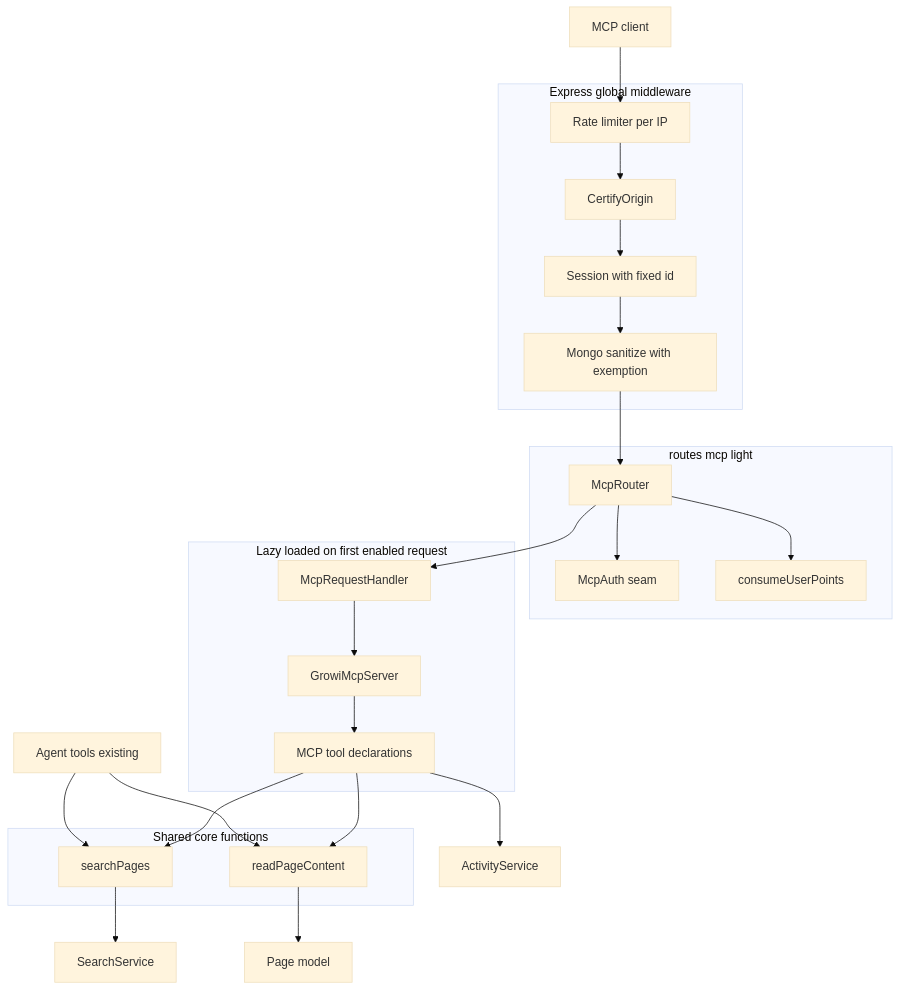
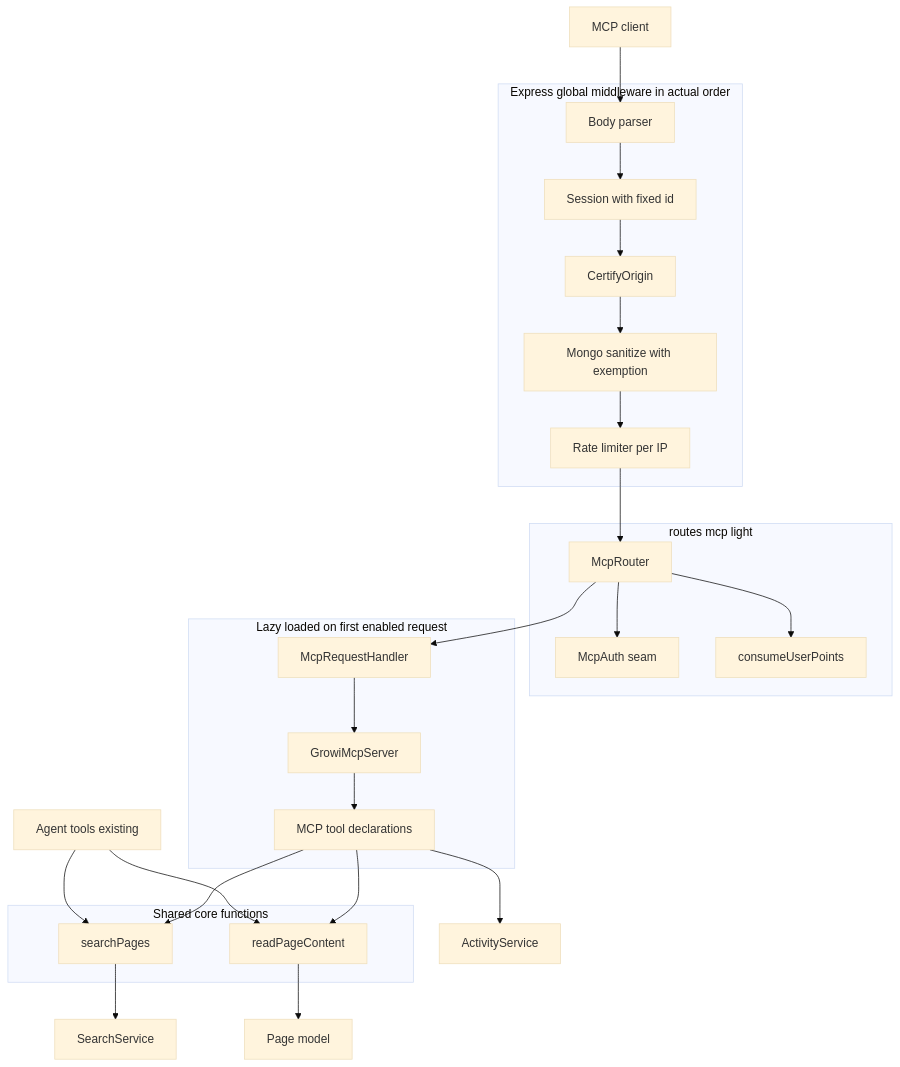
One commit to growilabs/growi changed the first of 3 diagrams in .kiro/specs/remote-mcp-server-route/design.md. Above: the diagram before and after it, drawn with Mermaid (base theme). The commit also changed other lines of this file, not shown here.

Commit message:
feat: Update common processing order for MCP API to enhance request handling and security

````diff
--- a/.kiro/specs/remote-mcp-server-route/design.md
+++ b/.kiro/specs/remote-mcp-server-route/design.md
@@ -82,42 +87,43 @@
 ```mermaid
 graph TB
     Client[MCP client]
-    subgraph Global[Express global middleware]
+    subgraph Global[Express global middleware in actual order]
+        Body[Body parser]
+        Session[Session with fixed id]
+        Origin[CertifyOrigin]
+        Sanitize[Mongo sanitize with exemption]
         RateIp[Rate limiter per IP]
-        Origin[CertifyOrigin]
-        Session[Session with fixed id]
-        Sanitize[Mongo sanitize with exemption]
     end
     subgraph Route[routes mcp light]
         Router[McpRouter]
         Auth[McpAuth seam]
         UserLimit[consumeUserPoints]
     end
     subgraph Lazy[Lazy loaded on first enabled request]
         Handler[McpRequestHandler]
         Server[GrowiMcpServer]
         Tools[MCP tool declarations]
     end
     subgraph Shared[Shared core functions]
         Search[searchPages]
         Read[readPageContent]
     end
     AgentTools[Agent tools existing]
     Activity[ActivityService]
     SearchService[SearchService]
     PageModel[Page model]
 
-    Client --> RateIp --> Origin --> Session --> Sanitize --> Router
+    Client --> Body --> Session --> Origin --> Sanitize --> RateIp --> Router
     Router --> Auth
     Router --> UserLimit
     Router --> Handler
     Handler --> Server
     Server --> Tools
     Tools --> Search
     Tools --> Read
     Tools --> Activity
     AgentTools --> Search
     AgentTools --> Read
     Search --> SearchService
     Read --> PageModel
 ```
````
